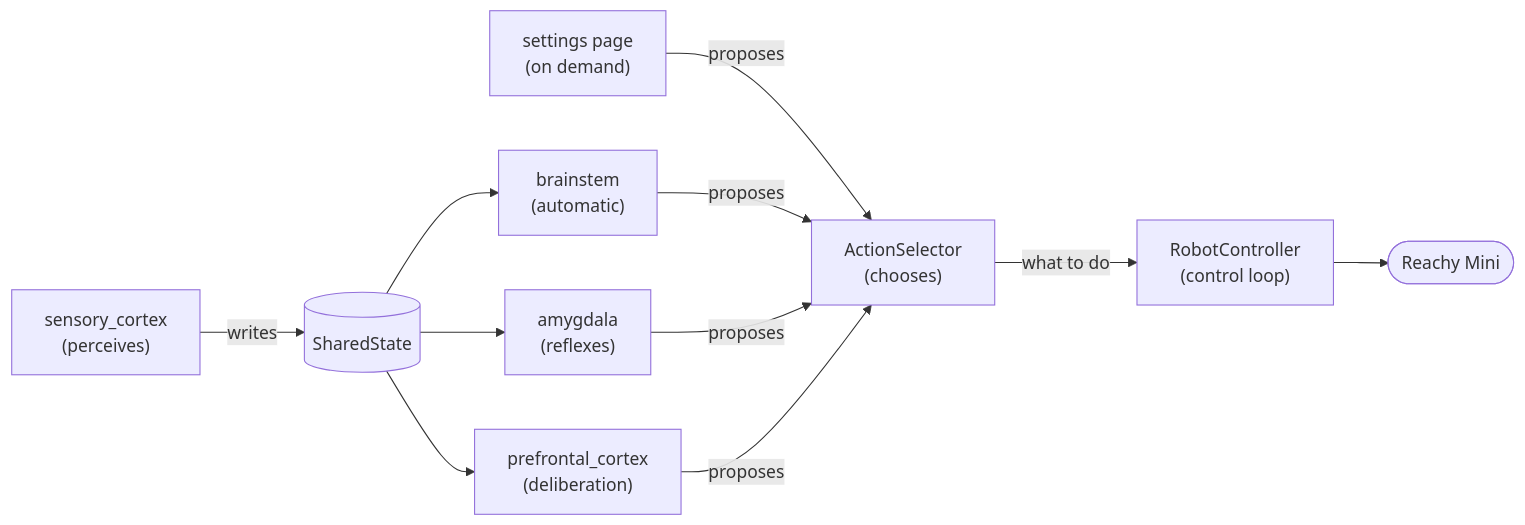
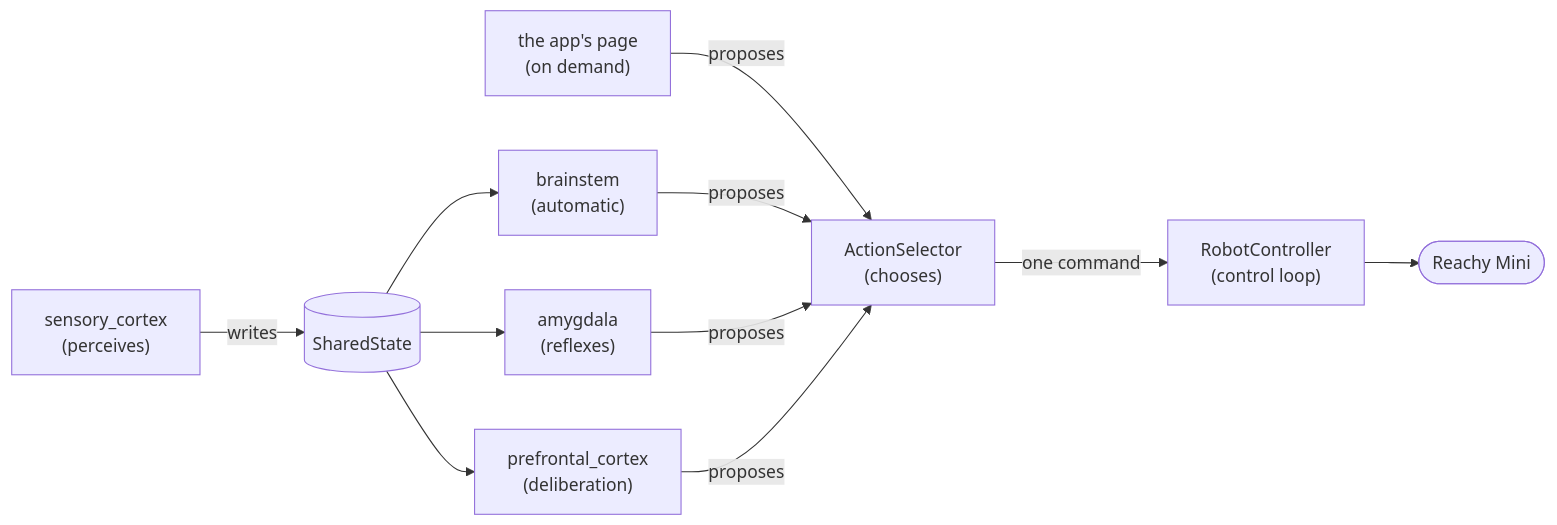
Before and after one commit to HTurlet15/reachy_alive: the second of 2 diagrams in ARCHITECTURE.md, drawn with Mermaid. The commit also changed other lines of this file, not shown here.

Commit message:
docs: rewrite ARCHITECTURE.md for newcomers

````diff
--- a/ARCHITECTURE.md
+++ b/ARCHITECTURE.md
@@ -20,13 +161,13 @@
 ```mermaid
 flowchart LR
     senses["sensory_cortex<br/>(perceives)"] -->|writes| state[("SharedState")]
     state --> brainstem["brainstem<br/>(automatic)"]
     state --> amygdala["amygdala<br/>(reflexes)"]
     state --> cortex["prefrontal_cortex<br/>(deliberation)"]
-    page["settings page<br/>(on demand)"] -->|proposes| selector
+    page["the app's page<br/>(on demand)"] -->|proposes| selector
     brainstem -->|proposes| selector["ActionSelector<br/>(chooses)"]
     amygdala -->|proposes| selector
     cortex -->|proposes| selector
-    selector -->|what to do| manager["RobotController<br/>(control loop)"]
-    manager --> robot(["Reachy Mini"])
+    selector -->|one command| controller["RobotController<br/>(control loop)"]
+    controller --> robot(["Reachy Mini"])
 ```
````
